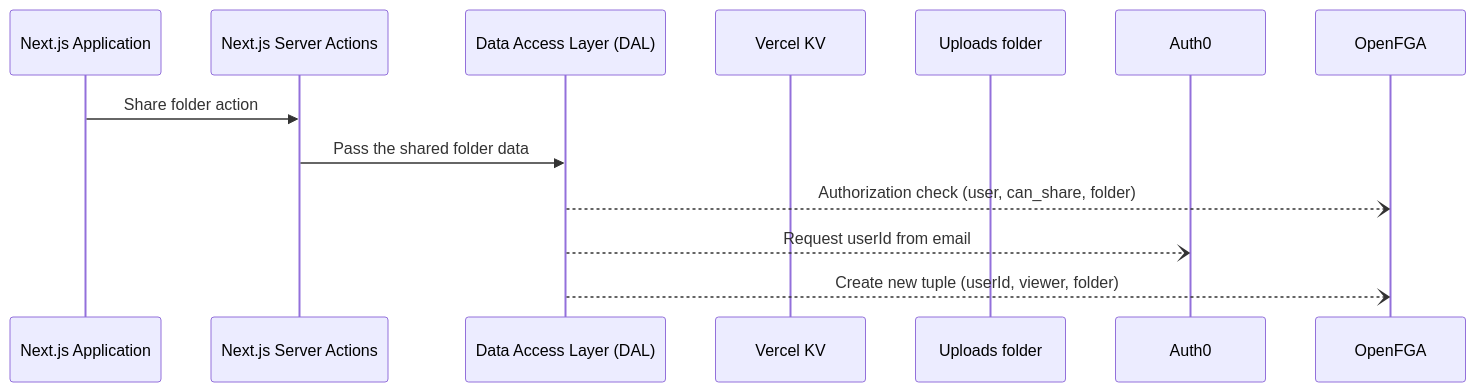
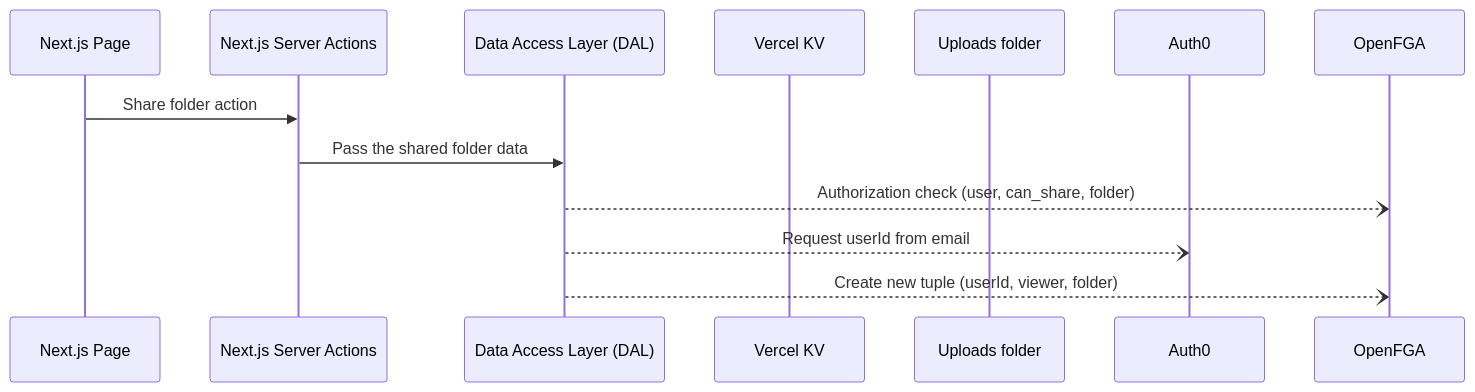
One commit to oktadev/fga-drive-example changed the eighth of 8 diagrams in README.md. Above: the diagram before and after it, drawn with Mermaid. The commit also changed other lines of this file, not shown here.

Commit message:
Fix architecture schemas in the readme

````diff
--- a/README.md
+++ b/README.md
@@ -347,15 +345,15 @@
 ```mermaid
 sequenceDiagram;
-  participant Next.js Application
+  participant Next.js Page
   participant Next.js Server Actions
   participant Data Access Layer (DAL)
   participant Vercel KV
   participant Uploads folder
   participant Auth0
   participant OpenFGA
-  Next.js Application->>Next.js Server Actions: Share folder action
+  Next.js Page->>Next.js Server Actions: Share folder action
   Next.js Server Actions->>Data Access Layer (DAL): Pass the shared folder data
   Data Access Layer (DAL)--)OpenFGA: Authorization check (user, can_share, folder)
   Data Access Layer (DAL)--)Auth0: Request userId from email
   Data Access Layer (DAL)--)OpenFGA: Create new tuple (userId, viewer, folder)
 ```
````
